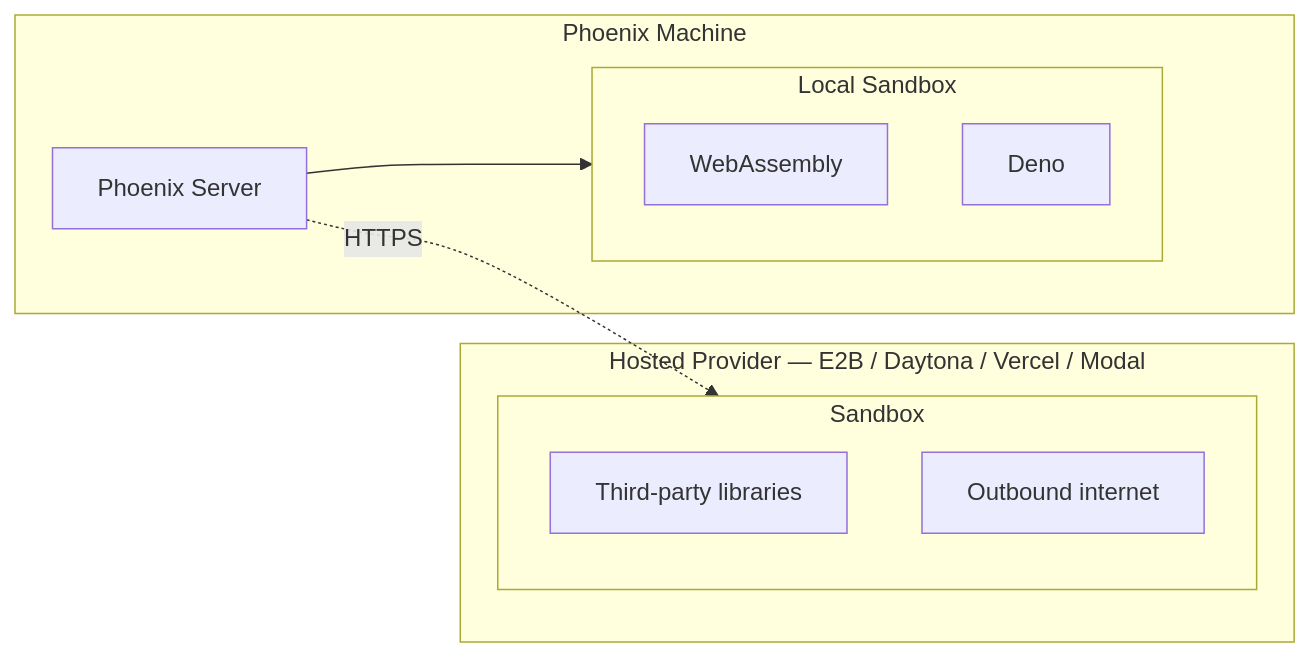
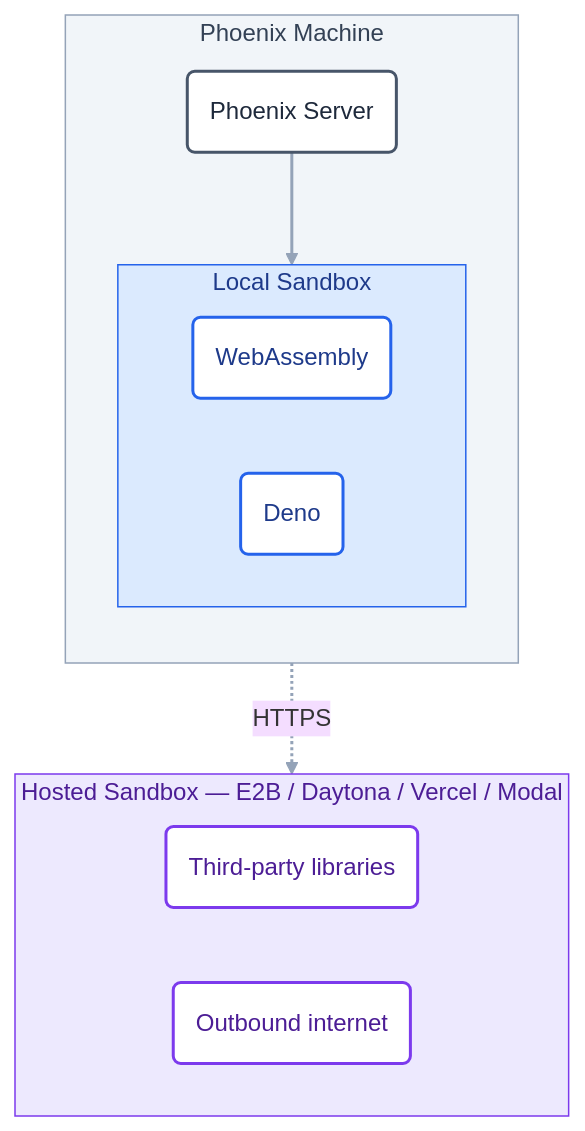
One commit to Arize-ai/phoenix changed the diagram in docs/phoenix/settings/sandboxes.mdx. Above: the diagram before and after it, drawn with Mermaid. The commit also changed 1 other file, not shown here.

Commit message:
docs(sandbox): improve readability of code evaluator and sandbox diagrams
Rework the three Mermaid diagrams on the code-evaluators and Sandboxes
pages so they read clearly in both light and dark mode:

- Pin a self-contained `base` theme and explicit colors so contrast no
  longer depends on the inherited site theme.
- Switch the sandbox diagrams to a top-down layout and drop the
  redundant inner subgraph so the HTTPS hop reads as a clean vertical
  step.
- Restrained palette: neutral host, blue = local sandbox, violet =
  hosted sandbox; monochrome pipeline with only `evaluate(...)`
  highlighted.
- Straighten the "How It Works" pipeline into a single left-to-right
  flow, removing the backward arrow.

````diff
--- a/docs/phoenix/settings/sandboxes.mdx
+++ b/docs/phoenix/settings/sandboxes.mdx
@@ -27,20 +27,36 @@
 ```mermaid
-flowchart LR
+%%{init: {'theme': 'base'}}%%
+flowchart TB
     subgraph phoenixHost ["Phoenix Machine"]
-        Server[Phoenix Server]
+        direction TB
+        Server("Phoenix Server")
         subgraph localBox ["Local Sandbox"]
-            WASM[WebAssembly]
-            Deno[Deno]
+            direction LR
+            WASM("WebAssembly")
+            Deno("Deno")
         end
         Server --> localBox
     end
 
-    subgraph provider ["Hosted Provider — E2B / Daytona / Vercel / Modal"]
-        subgraph hostedBox ["Sandbox"]
-            Libs[Third-party libraries]
-            Net[Outbound internet]
-        end
+    subgraph provider ["Hosted Sandbox — E2B / Daytona / Vercel / Modal"]
+        direction LR
+        Libs("Third-party libraries")
+        Net("Outbound internet")
     end
 
-    Server -. HTTPS .-> hostedBox
+    Server -. "HTTPS" .-> provider
+
+    classDef host fill:#FFFFFF,stroke:#475569,stroke-width:2px,color:#1E293B
+    classDef localNode fill:#FFFFFF,stroke:#2563EB,stroke-width:2px,color:#1E3A8A
+    classDef hostedNode fill:#FFFFFF,stroke:#7C3AED,stroke-width:2px,color:#4C1D95
+
+    class Server host
+    class WASM,Deno localNode
+    class Libs,Net hostedNode
+
+    style phoenixHost fill:#F1F5F9,stroke:#94A3B8,stroke-width:1px,color:#334155
+    style localBox fill:#DBEAFE,stroke:#2563EB,stroke-width:1px,color:#1E3A8A
+    style provider fill:#EDE9FE,stroke:#7C3AED,stroke-width:1px,color:#4C1D95
+
+    linkStyle default stroke:#94A3B8,stroke-width:2px
 ```
````
